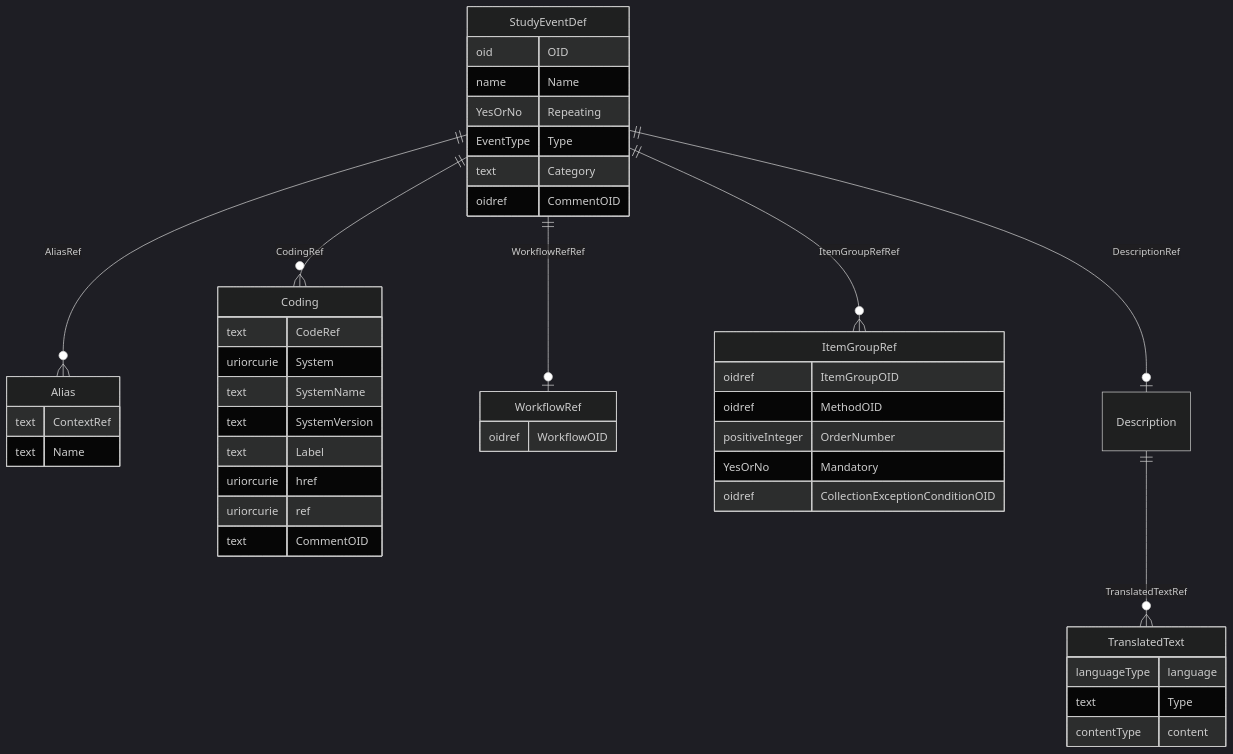
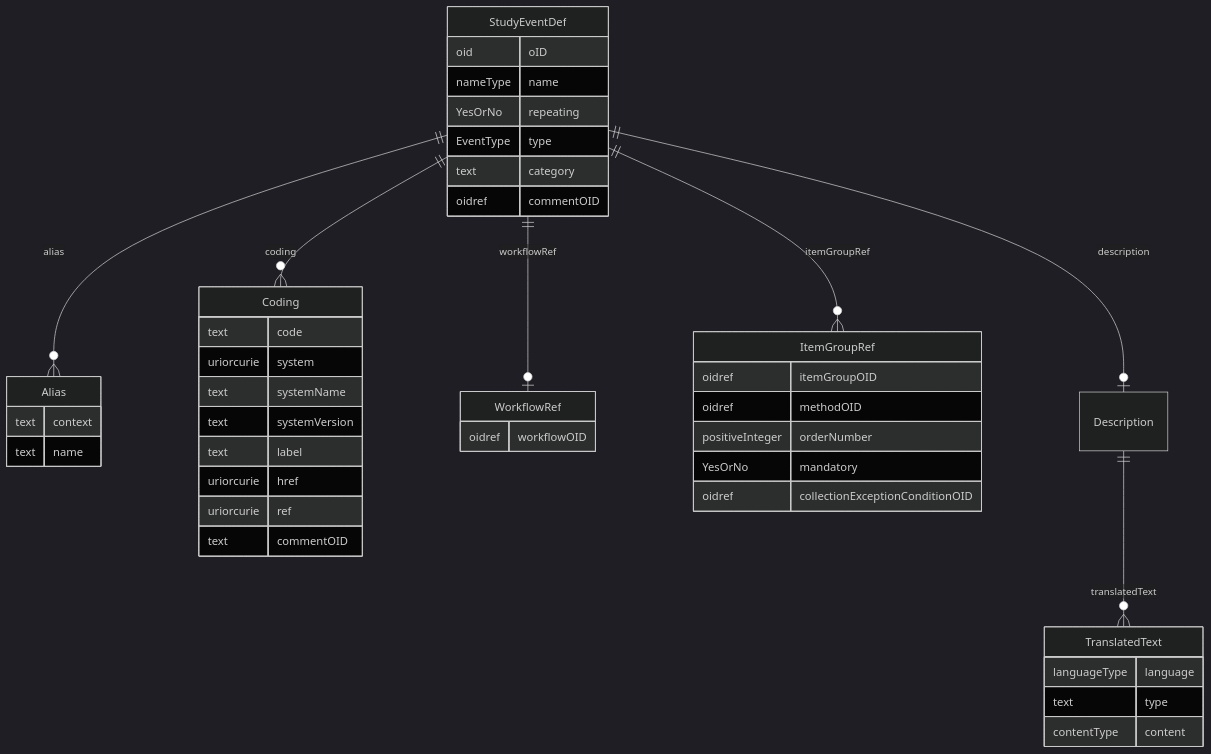
One commit to cdisc-org/DataExchange-ODM-LinkML changed the diagram in docs/StudyEventDef.md. Above: the diagram before and after it, drawn with Mermaid (dark theme). The commit also changed other lines of this file and 759 other files, not shown here.

````diff
--- a/docs/StudyEventDef.md
+++ b/docs/StudyEventDef.md
@@ -11,51 +11,51 @@
 ```mermaid
 erDiagram
 StudyEventDef {
-    oid OID  
-    name Name  
-    YesOrNo Repeating  
-    EventType Type  
-    text Category  
-    oidref CommentOID  
+    oid oID  
+    nameType name  
+    YesOrNo repeating  
+    EventType type  
+    text category  
+    oidref commentOID  
 }
 Alias {
-    text ContextRef  
-    text Name  
+    text context  
+    text name  
 }
 Coding {
-    text CodeRef  
-    uriorcurie System  
-    text SystemName  
-    text SystemVersion  
-    text Label  
+    text code  
+    uriorcurie system  
+    text systemName  
+    text systemVersion  
+    text label  
     uriorcurie href  
     uriorcurie ref  
-    text CommentOID  
+    text commentOID  
 }
 WorkflowRef {
-    oidref WorkflowOID  
+    oidref workflowOID  
 }
 ItemGroupRef {
-    oidref ItemGroupOID  
-    oidref MethodOID  
-    positiveInteger OrderNumber  
-    YesOrNo Mandatory  
-    oidref CollectionExceptionConditionOID  
+    oidref itemGroupOID  
+    oidref methodOID  
+    positiveInteger orderNumber  
+    YesOrNo mandatory  
+    oidref collectionExceptionConditionOID  
 }
 Description {
 
 }
 TranslatedText {
     languageType language  
-    text Type  
+    text type  
     contentType content  
 }
 
-StudyEventDef ||--|o Description : "DescriptionRef"
-StudyEventDef ||--}o ItemGroupRef : "ItemGroupRefRef"
-StudyEventDef ||--|o WorkflowRef : "WorkflowRefRef"
-StudyEventDef ||--}o Coding : "CodingRef"
-StudyEventDef ||--}o Alias : "AliasRef"
-Description ||--}o TranslatedText : "TranslatedTextRef"
+StudyEventDef ||--|o Description : "description"
+StudyEventDef ||--}o ItemGroupRef : "itemGroupRef"
+StudyEventDef ||--|o WorkflowRef : "workflowRef"
+StudyEventDef ||--}o Coding : "coding"
+StudyEventDef ||--}o Alias : "alias"
+Description ||--}o TranslatedText : "translatedText"
 
 ```
````
